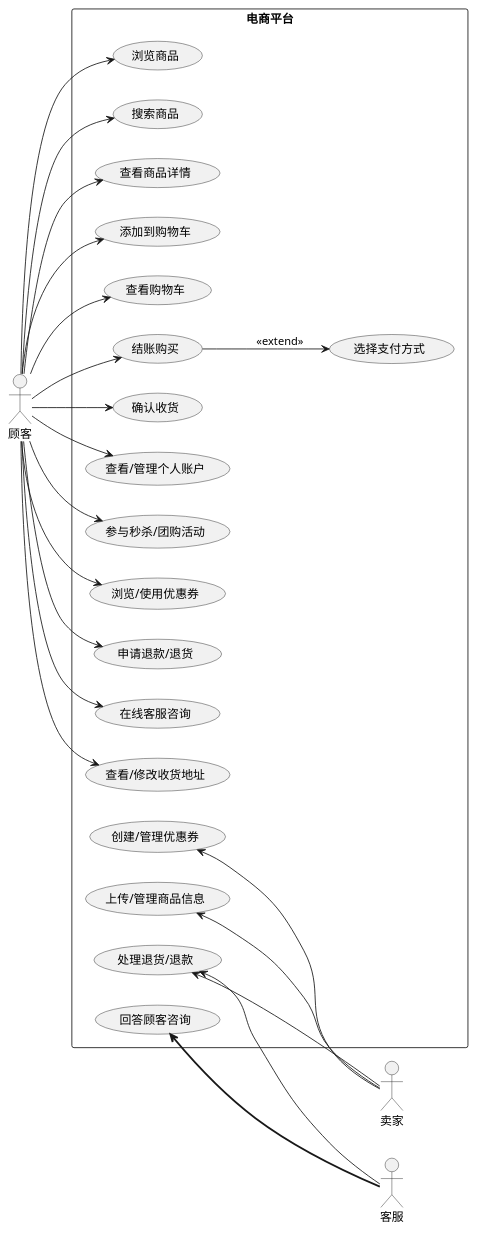
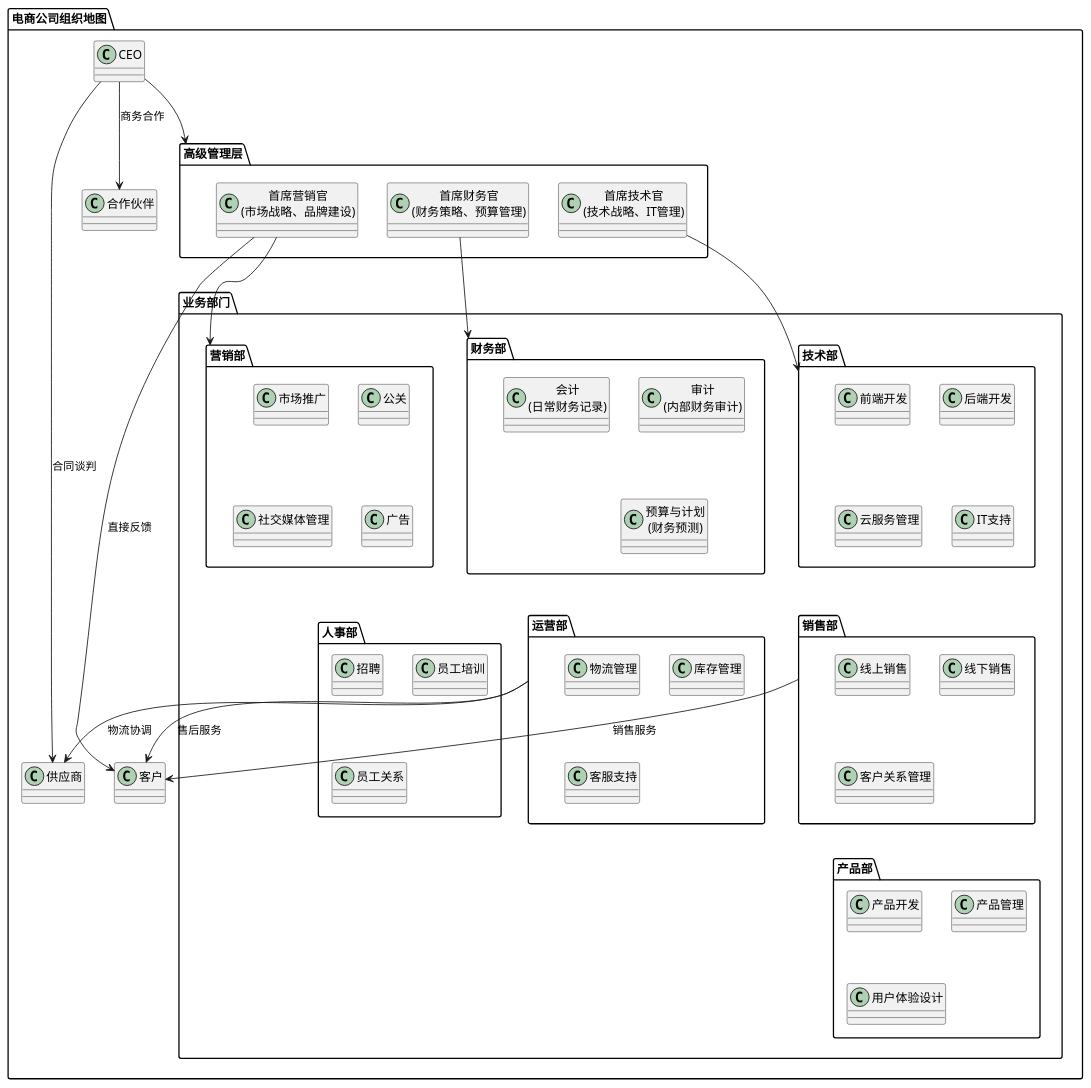
One commit to fuyipingwml/planttext changed the diagram in 测试.puml. Above: the diagram before and after it, drawn with PlantUML. The commit also changed 1 other file, not shown here.

```diff
--- a/测试.puml
+++ b/测试.puml
@@ -1,56 +1,88 @@
 @startuml
-left to right direction
-skinparam packageStyle rect
 
-package "电商平台" {
-
-    usecase "浏览商品" as UC1
-    usecase "搜索商品" as UC2
-    usecase "查看商品详情" as UC3
-    usecase "添加到购物车" as UC5
-    usecase "查看购物车" as UC6
-    usecase "结账购买" as UC7
-    usecase "选择支付方式" as UC8
-    usecase "确认收货" as UC9
-    usecase "查看/管理个人账户" as UC11
-    usecase "参与秒杀/团购活动" as UC13
-    usecase "浏览/使用优惠券" as UC14
-    usecase "申请退款/退货" as UC15
-    usecase "在线客服咨询" as UC16
-    usecase "查看/修改收货地址" as UC17
-    
-    usecase "创建/管理优惠券" as UC18
-    usecase "处理退货/退款" as UC19
-    usecase "回答顾客咨询" as UC20
-    usecase "上传/管理商品信息" as UC21
-
+skinparam rectangle {
+    borderColor Black
+    backgroundColor Wheat
 }
 
-actor "顾客" as Customer
-actor "客服" as Support
-actor "卖家" as Seller
+package "电商公司组织地图" {
 
-Customer --> UC1
-Customer --> UC2
-Customer --> UC3
-Customer --> UC5
-Customer --> UC6
-Customer --> UC7
-Customer --> UC9
-Customer --> UC11
-Customer --> UC13
-Customer --> UC14
-Customer --> UC15
-Customer --> UC16
-Customer --> UC17
+    class "CEO" as CEO {
+    }
 
-UC7 --> UC8 : <<extend>>
+    package "高级管理层" {
+        class "首席财务官\n(财务策略、预算管理)" as CFO
+        class "首席技术官\n(技术战略、IT管理)" as CTO
+        class "首席营销官\n(市场战略、品牌建设)" as CMO
+    }
 
-UC18 <-- Seller  
-UC21 <-- Seller  
-UC19 <-- Seller 
+    package "业务部门" {
 
-UC19 <--Support 
-UC20 <==Support 
+        package "财务部" {
+            class "会计\n(日常财务记录)" as Accounting
+            class "审计\n(内部财务审计)" as Auditing
+            class "预算与计划\n(财务预测)" as Budgeting
+        }
+
+        package "技术部" {
+            class "前端开发" as Frontend
+            class "后端开发" as Backend
+            class "云服务管理" as CloudServices
+            class "IT支持" as ITSupport
+        }
+
+        package "营销部" {
+            class "市场推广" as Marketing
+            class "公关" as PR
+            class "社交媒体管理" as SocialMedia
+            class "广告" as Advertising
+        }
+
+        package "销售部" {
+            class "线上销售" as OnlineSales
+            class "线下销售" as OfflineSales
+            class "客户关系管理" as CRM
+        }
+
+        package "运营部" {
+            class "物流管理" as Logistics
+            class "库存管理" as Inventory
+            class "客服支持" as CustomerService
+        }
+
+        package "人事部" {
+            class "招聘" as Recruitment
+            class "员工培训" as Training
+            class "员工关系" as Relations
+        }
+
+        package "产品部" {
+            class "产品开发" as ProductDev
+            class "产品管理" as ProductMgmt
+            class "用户体验设计" as UX
+        }
+    }
+
+    class "供应商" as Supplier {
+    }
+
+    class "合作伙伴" as Partner {
+    }
+
+    class "客户" as Customer {
+    }
+
+    CEO -down-> "高级管理层"
+    CEO --> Supplier : 合同谈判
+    CEO --> Partner : 商务合作
+
+    CFO --> "财务部"
+    CTO --> "技术部"
+    CMO --> "营销部"
+    CMO --> Customer : 直接反馈
+
+    "销售部" --> Customer : 销售服务
+    "运营部" --> Supplier : 物流协调
+    "运营部" --> Customer : 售后服务
 
 @enduml
```
